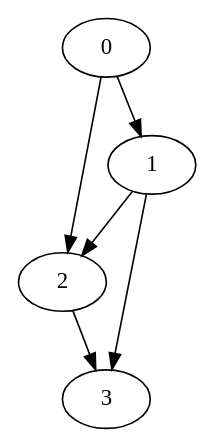
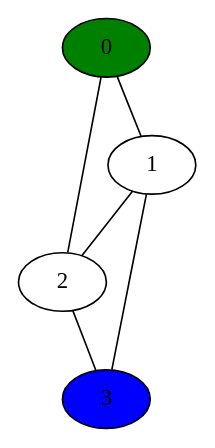
Before and after one commit to nox-x/finder: the diagram in dot/graph04b.txt.dot, drawn with Graphviz. The commit also changed 21 other files, not shown here.

```diff
--- a/dot/graph04b.txt.dot
+++ b/dot/graph04b.txt.dot
@@ -1,7 +1,9 @@
-digraph G {
-0 -> 1
-0 -> 2
-1 -> 2
-1 -> 3
-2 -> 3
+graph G {
+0 -- 1
+0 -- 2
+1 -- 2
+1 -- 3
+2 -- 3
+0 [fillcolor=green, style=filled]
+3 [fillcolor=blue, style=filled]
 }
```
